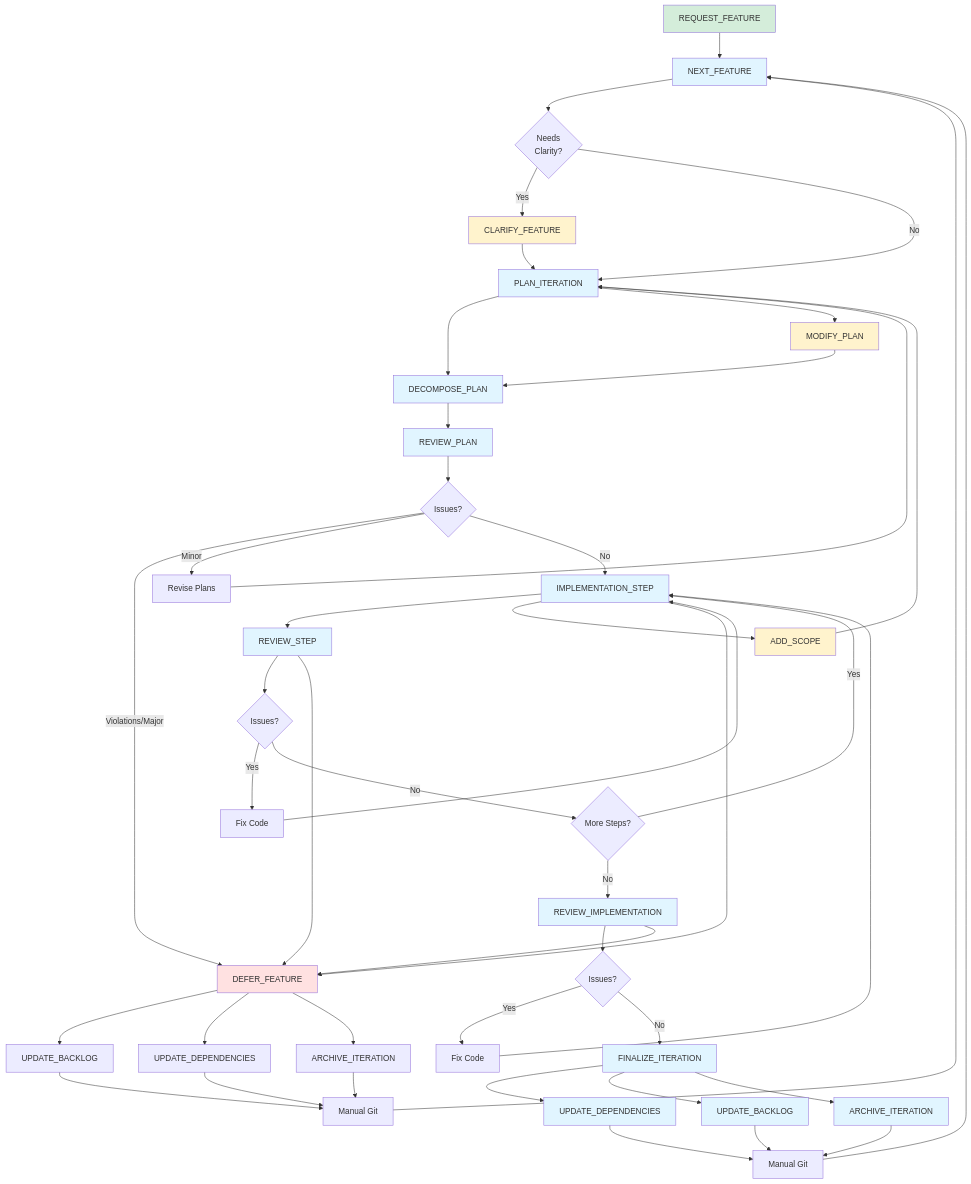
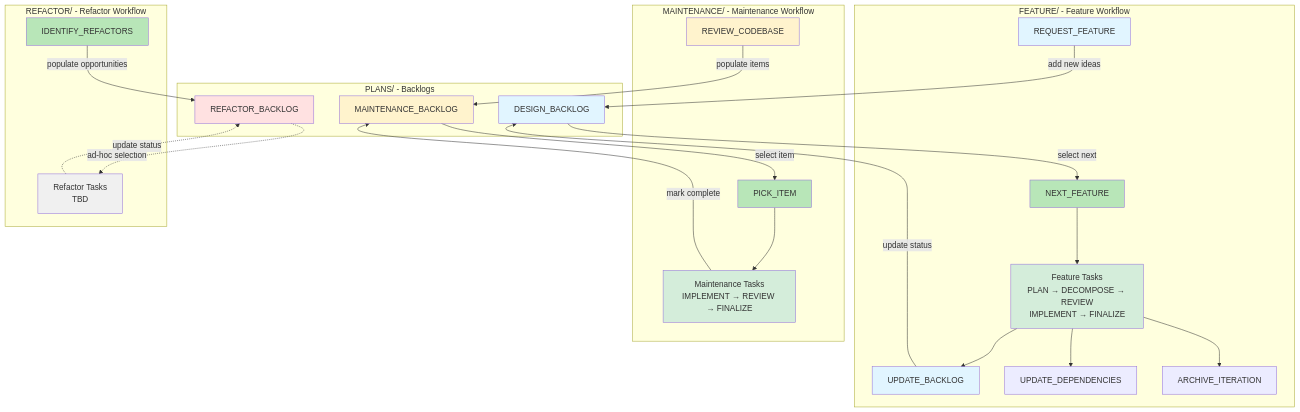
The diagram in TASKS/WORKFLOW.md (EvanLavender13/FrogLords), drawn with Mermaid before and after one commit. The commit also changed other lines of this file and 6 other files, not shown here.

````diff
--- a/TASKS/WORKFLOW.md
+++ b/TASKS/WORKFLOW.md
@@ -35,68 +7,61 @@
 ```mermaid
-graph TD
-    REQ[REQUEST_FEATURE] --> A[NEXT_FEATURE]
-    A --> CLAR{Needs<br/>Clarity?}
-    CLAR -->|Yes| CF[CLARIFY_FEATURE]
-    CF --> B[PLAN_ITERATION]
-    CLAR -->|No| B
-    B --> C[DECOMPOSE_PLAN]
-    C --> D[REVIEW_PLAN]
-    D --> E{Issues?}
-    E -->|Violations/Major| F[DEFER_FEATURE]
-    E -->|Minor| G[Revise Plans]
-    G --> B
-    E -->|No| H[IMPLEMENTATION_STEP]
-    H --> RS[REVIEW_STEP]
-    RS --> RSI{Issues?}
-    RSI -->|Yes| L2[Fix Code]
-    L2 --> H
-    RSI -->|No| I{More Steps?}
-    I -->|Yes| H
-    I -->|No| J[REVIEW_IMPLEMENTATION]
-    J --> K{Issues?}
-    K -->|Yes| L[Fix Code]
-    L --> H
-    K -->|No| M[FINALIZE_ITERATION]
-    M --> N[UPDATE_DEPENDENCIES]
-    M --> O[UPDATE_BACKLOG]
-    M --> P[ARCHIVE_ITERATION]
-    N --> Q[Manual Git]
-    O --> Q
-    P --> Q
-    Q --> A
-    F --> R[UPDATE_BACKLOG]
-    F --> S[UPDATE_DEPENDENCIES]
-    F --> T[ARCHIVE_ITERATION]
-    R --> U[Manual Git]
-    S --> U
-    T --> U
-    U --> A
-    
-    %% Mid-iteration scope changes
-    H --> AS[ADD_SCOPE]
-    AS --> B
-    B --> MP[MODIFY_PLAN]
-    MP --> C
-    
-    %% Implementation-phase deferral
-    H --> F
-    RS --> F
-    J --> F
-    
-    style REQ fill:#d4edda
-    style A fill:#e1f5ff
-    style CF fill:#fff3cd
-    style B fill:#e1f5ff
-    style C fill:#e1f5ff
-    style D fill:#e1f5ff
-    style F fill:#ffe1e1
-    style H fill:#e1f5ff
-    style RS fill:#e1f5ff
-    style J fill:#e1f5ff
-    style M fill:#e1f5ff
-    style N fill:#e1f5ff
-    style O fill:#e1f5ff
-    style P fill:#e1f5ff
-    style AS fill:#fff3cd
-    style MP fill:#fff3cd
+graph TB
+    subgraph Backlogs["PLANS/ - Backlogs"]
+        DB[DESIGN_BACKLOG]
+        MB[MAINTENANCE_BACKLOG]
+        RB[REFACTOR_BACKLOG]
+    end
+
+    subgraph FeatureTasks["FEATURE/ - Feature Workflow"]
+        RF[REQUEST_FEATURE]
+        NF[NEXT_FEATURE]
+        FW[Feature Tasks<br/>PLAN → DECOMPOSE → REVIEW<br/>IMPLEMENT → FINALIZE]
+        UB[UPDATE_BACKLOG]
+        UD[UPDATE_DEPENDENCIES]
+        AI[ARCHIVE_ITERATION]
+    end
+
+    subgraph MaintenanceTasks["MAINTENANCE/ - Maintenance Workflow"]
+        RC[REVIEW_CODEBASE]
+        PI[PICK_ITEM]
+        MW[Maintenance Tasks<br/>IMPLEMENT → REVIEW → FINALIZE]
+    end
+
+    subgraph RefactorTasks["REFACTOR/ - Refactor Workflow"]
+        IR[IDENTIFY_REFACTORS]
+        RW[Refactor Tasks<br/>TBD]
+    end
+
+    %% Feature workflow flows
+    RF -->|add new ideas| DB
+    DB -->|select next| NF
+    NF --> FW
+    FW --> UB
+    FW --> UD
+    FW --> AI
+    UB -->|update status| DB
+
+    %% Maintenance workflow flows
+    RC -->|populate items| MB
+    MB -->|select item| PI
+    PI --> MW
+    MW -->|mark complete| MB
+
+    %% Refactor workflow flows
+    IR -->|populate opportunities| RB
+    RB -.->|ad-hoc selection| RW
+    RW -.->|update status| RB
+
+    style DB fill:#e1f5ff
+    style MB fill:#fff3cd
+    style RB fill:#ffe1e1
+    style FW fill:#d4edda
+    style MW fill:#d4edda
+    style RW fill:#f0f0f0
+    style NF fill:#b8e6b8
+    style PI fill:#b8e6b8
+    style IR fill:#b8e6b8
+    style RF fill:#e1f5ff
+    style RC fill:#fff3cd
+    style UB fill:#e1f5ff
 ```
````
